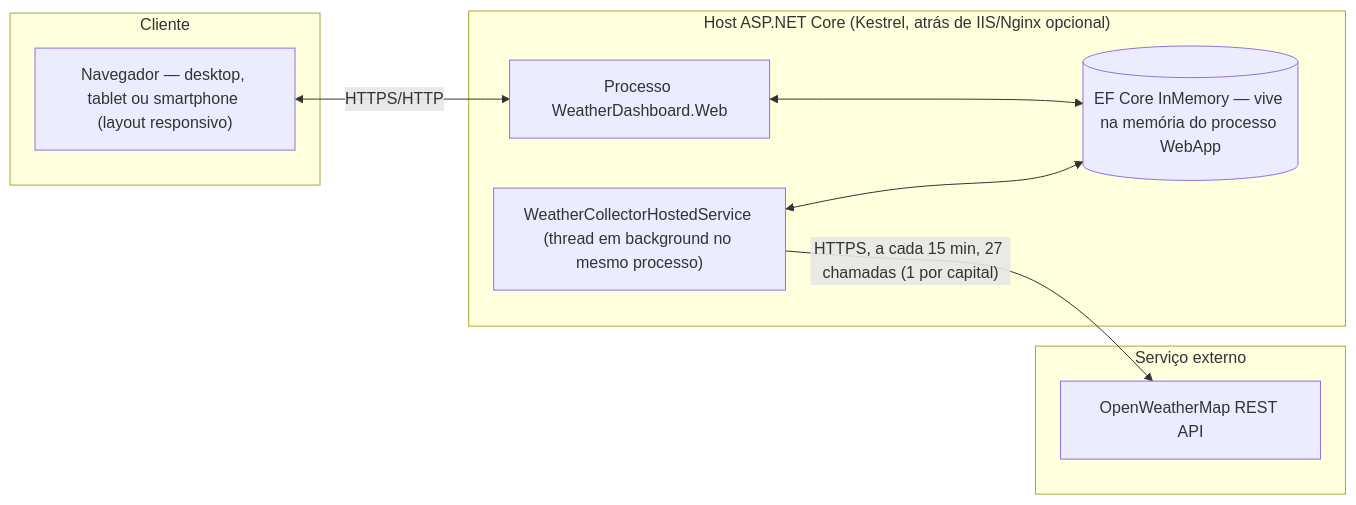
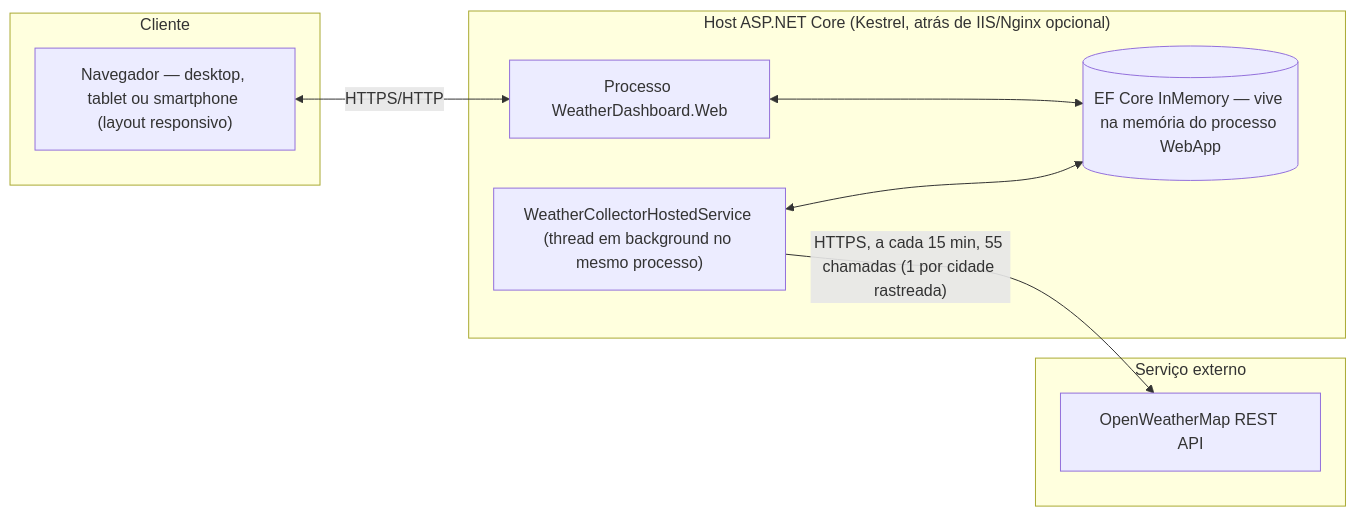
One commit to melmyuka1/clima-brasil changed the second of 3 diagrams in docs/architecture.md. Above: the diagram before and after it, drawn with Mermaid. The commit also changed other lines of this file and 20 other files, not shown here.

````diff
--- a/docs/architecture.md
+++ b/docs/architecture.md
@@ -65,21 +65,21 @@
 ```mermaid
 graph LR
     subgraph Cliente
         Browser["Navegador — desktop, tablet ou smartphone (layout responsivo)"]
     end
 
     subgraph Servidor["Host ASP.NET Core (Kestrel, atrás de IIS/Nginx opcional)"]
         WebApp["Processo WeatherDashboard.Web"]
         BgService["WeatherCollectorHostedService (thread em background no mesmo processo)"]
         MemDb[("EF Core InMemory — vive na memória do processo WebApp")]
     end
 
     subgraph Externo["Serviço externo"]
         OWM["OpenWeatherMap REST API"]
     end
 
     Browser <-- "HTTPS/HTTP" --> WebApp
     WebApp <--> MemDb
     BgService <--> MemDb
-    BgService -- "HTTPS, a cada 15 min, 27 chamadas (1 por capital)" --> OWM
+    BgService -- "HTTPS, a cada 15 min, 55 chamadas (1 por cidade rastreada)" --> OWM
 ```
````
